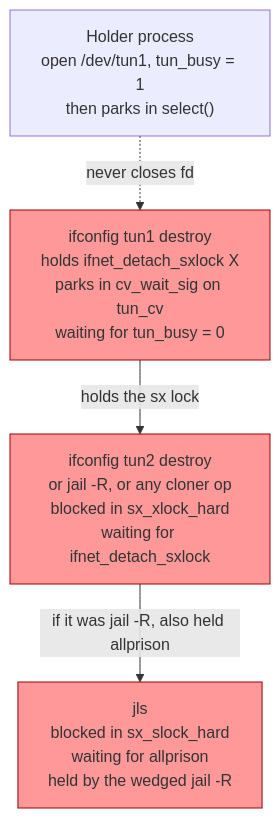
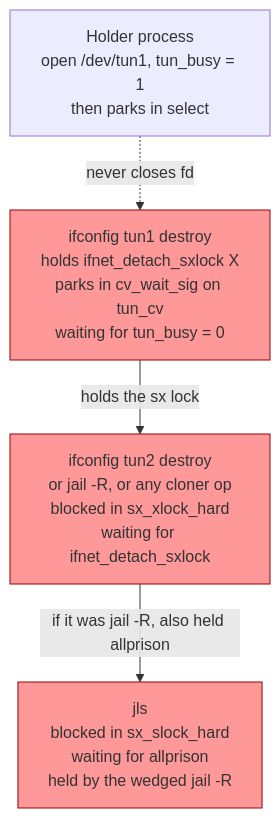
Before and after one commit to ocochard/myscripts: the second of 6 diagrams in FreeBSD/doc/tun_destroy_deadlock_case_study.md, drawn with Mermaid. The commit also changed other lines of this file, not shown here.

First line of the commit message:
tun_destroy case study: fix mermaid rendering on GitHub, drop hostname

````diff
--- a/FreeBSD/doc/tun_destroy_deadlock_case_study.md
+++ b/FreeBSD/doc/tun_destroy_deadlock_case_study.md
@@ -177,14 +177,14 @@
 ```mermaid
 flowchart TD
-    A["Holder process<br/>open /dev/tun1, tun_busy = 1<br/>then parks in select()"]
+    A["Holder process<br/>open /dev/tun1, tun_busy = 1<br/>then parks in select"]
     B["ifconfig tun1 destroy<br/>holds ifnet_detach_sxlock X<br/>parks in cv_wait_sig on tun_cv<br/>waiting for tun_busy = 0"]
     C["ifconfig tun2 destroy<br/>or jail -R, or any cloner op<br/>blocked in sx_xlock_hard<br/>waiting for ifnet_detach_sxlock"]
     D["jls<br/>blocked in sx_slock_hard<br/>waiting for allprison<br/>held by the wedged jail -R"]
 
     A -.->|never closes fd| B
     B -->|holds the sx lock| C
     C -->|if it was jail -R, also held allprison| D
 
     classDef wedged fill:#f99,stroke:#900
     class B,C,D wedged
 ```
````
